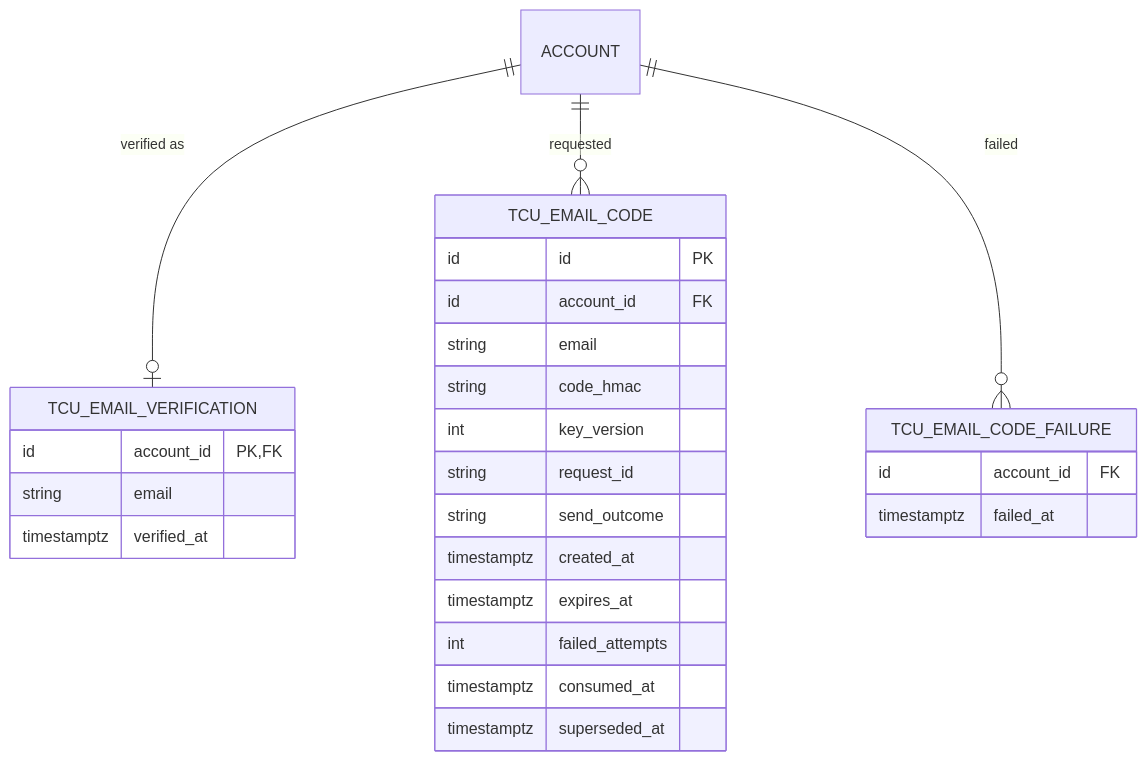
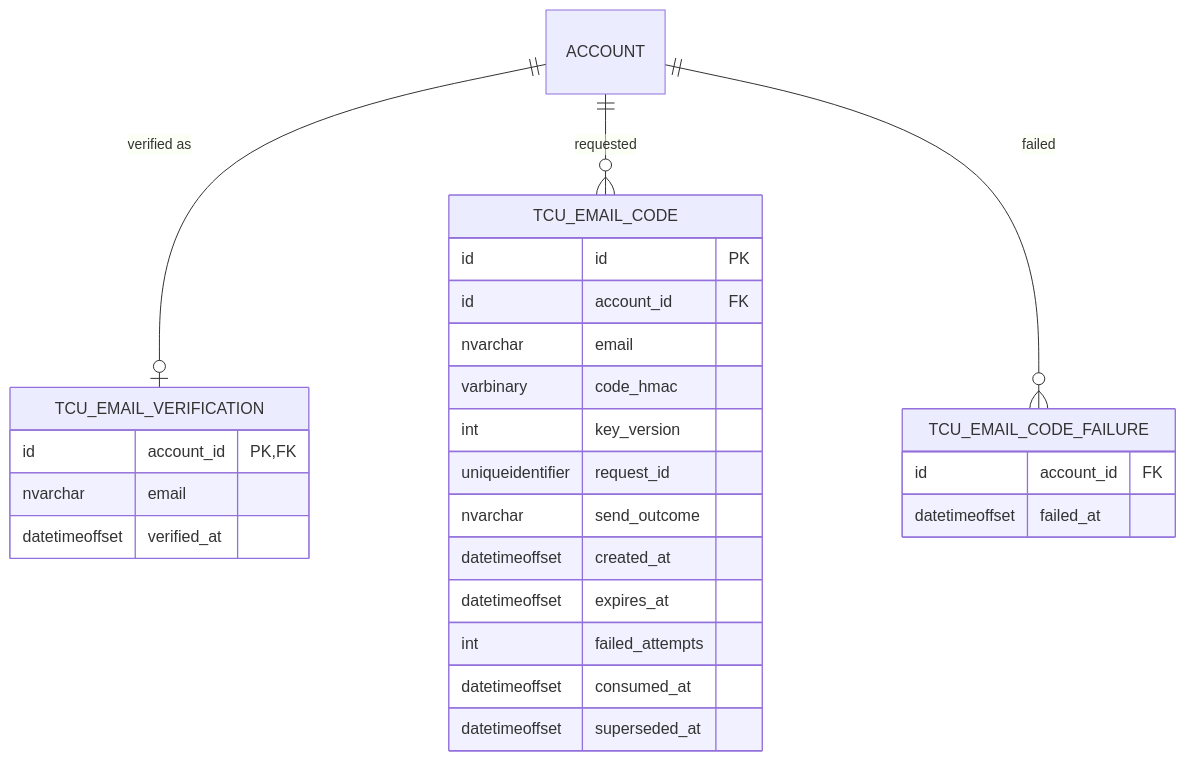
One commit to evelyntrann/cosc-40943-team-3-refrog changed the fourth of 4 diagrams in docs/design/IDV.md. Above: the diagram before and after it, drawn with Mermaid. The commit also changed other lines of this file and 2 other files, not shown here.

````diff
--- a/docs/design/IDV.md
+++ b/docs/design/IDV.md
@@ -269,29 +295,29 @@
 ```mermaid
 erDiagram
     ACCOUNT ||--o| TCU_EMAIL_VERIFICATION : "verified as"
     ACCOUNT ||--o{ TCU_EMAIL_CODE : "requested"
     ACCOUNT ||--o{ TCU_EMAIL_CODE_FAILURE : "failed"
     TCU_EMAIL_VERIFICATION {
         id account_id PK, FK
-        string email
-        timestamptz verified_at
+        nvarchar email
+        datetimeoffset verified_at
     }
     TCU_EMAIL_CODE {
         id id PK
         id account_id FK
-        string email
-        string code_hmac
+        nvarchar email
+        varbinary code_hmac
         int key_version
-        string request_id
-        string send_outcome
-        timestamptz created_at
-        timestamptz expires_at
+        uniqueidentifier request_id
+        nvarchar send_outcome
+        datetimeoffset created_at
+        datetimeoffset expires_at
         int failed_attempts
-        timestamptz consumed_at
-        timestamptz superseded_at
+        datetimeoffset consumed_at
+        datetimeoffset superseded_at
     }
     TCU_EMAIL_CODE_FAILURE {
         id account_id FK
-        timestamptz failed_at
+        datetimeoffset failed_at
     }
 ```
````
